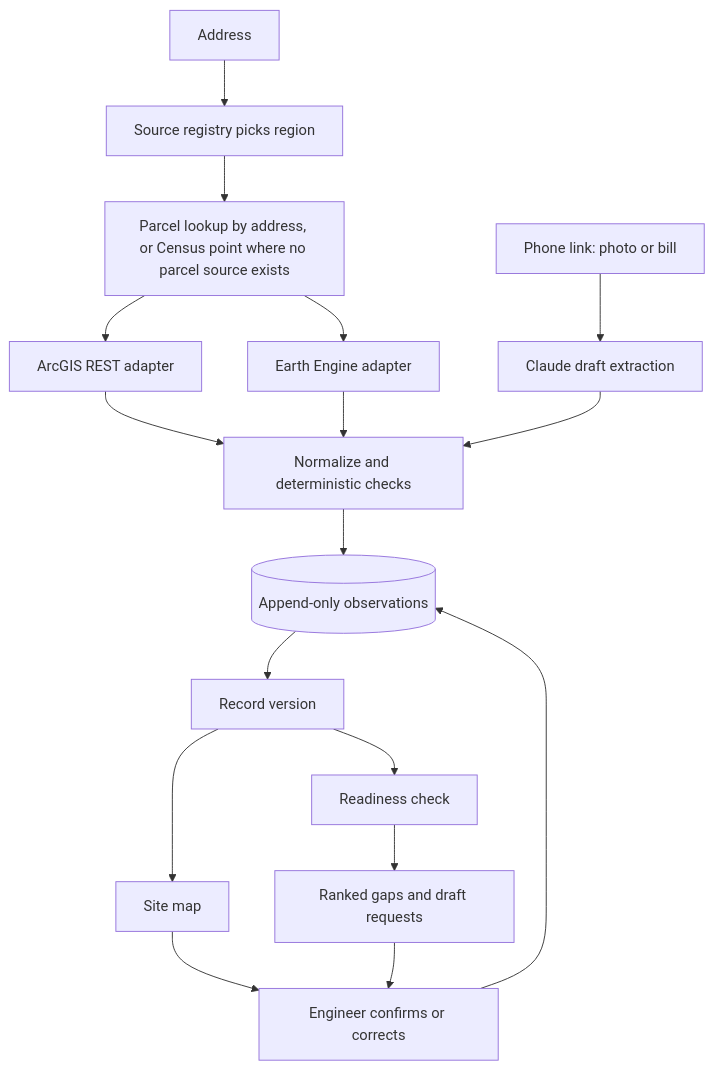
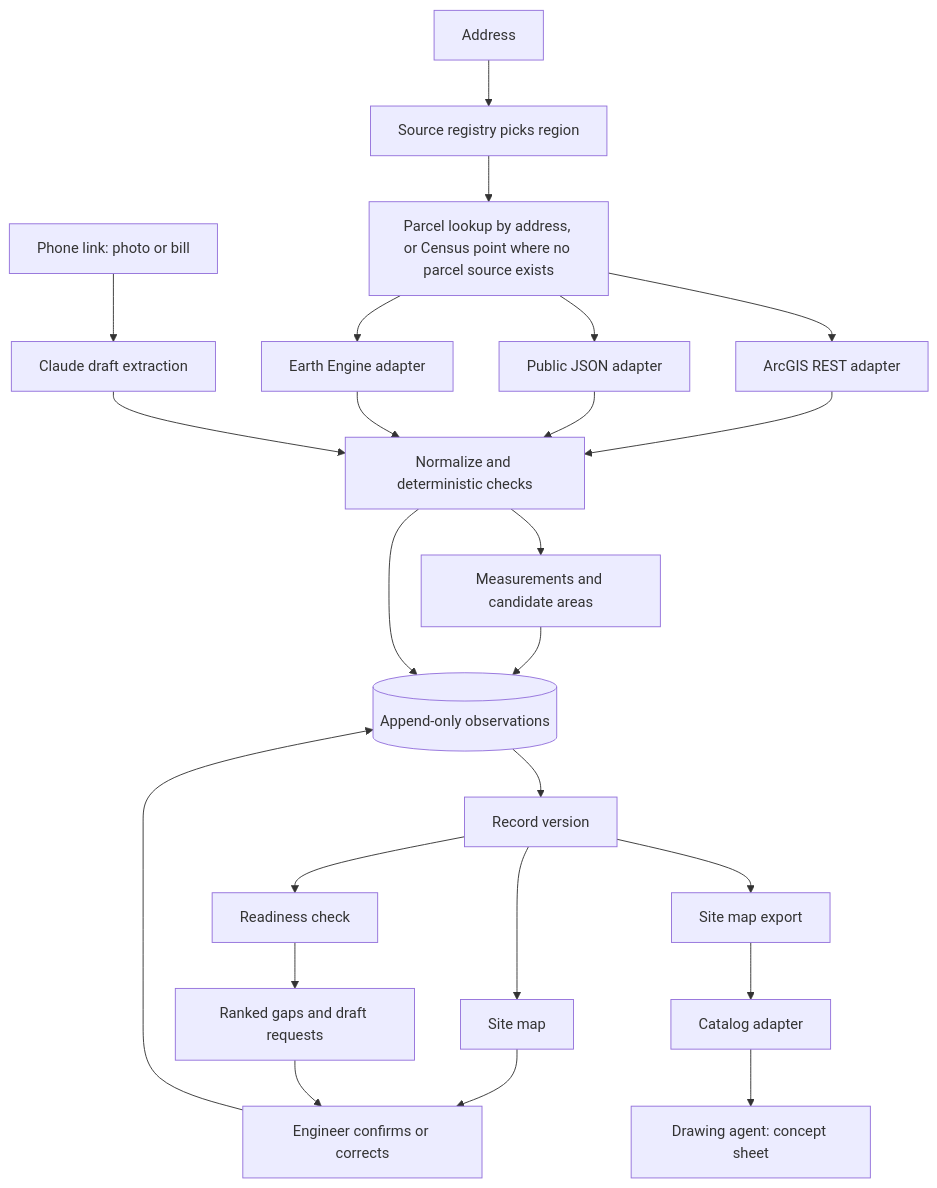
Before and after one commit to samishanza/MIT-Energy-Hacks: the first of 2 diagrams in docs/plans/2026-11-07-0954-feat-site-data-collection-plan.md, drawn with Mermaid. The commit also changed other lines of this file and 4 other files, not shown here.

````diff
--- a/docs/plans/2026-11-07-0954-feat-site-data-collection-plan.md
+++ b/docs/plans/2026-11-07-0954-feat-site-data-collection-plan.md
@@ -182,19 +260,26 @@
 ```mermaid
 flowchart TB
   A[Address] --> Reg[Source registry picks region]
   Reg --> PL[Parcel lookup by address, or Census point where no parcel source exists]
   PL --> AR[ArcGIS REST adapter]
+  PL --> JS[Public JSON adapter]
   PL --> EE[Earth Engine adapter]
   AR --> N[Normalize and deterministic checks]
+  JS --> N
   EE --> N
+  N --> MS[Measurements and candidate areas]
+  MS --> O
   P[Phone link: photo or bill] --> X[Claude draft extraction]
   X --> N
   N --> O[(Append-only observations)]
   O --> V[Record version]
   V --> M[Site map]
   V --> C[Readiness check]
+  V --> SM[Site map export]
+  SM --> AD[Catalog adapter]
+  AD --> DR[Drawing agent: concept sheet]
   C --> R[Ranked gaps and draft requests]
   M --> E[Engineer confirms or corrects]
   R --> E
   E --> O
 ```
````
